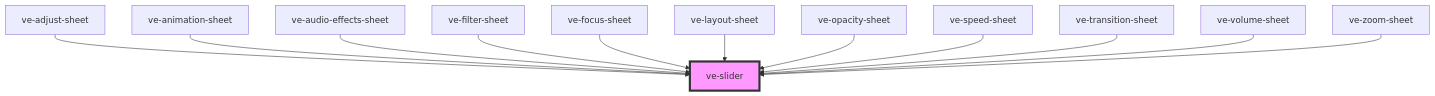
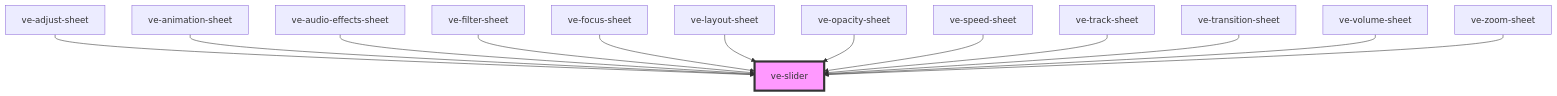
Before and after one commit to dotnetdreamer/capacitor-video-kit: the diagram in src/components/ve-slider/readme.md, drawn with Mermaid. The commit also changed other lines of this file and 35 other files, not shown here.

````diff
--- a/src/components/ve-slider/readme.md
+++ b/src/components/ve-slider/readme.md
@@ -90,15 +91,16 @@
 ```mermaid
 graph TD;
   ve-adjust-sheet --> ve-slider
   ve-animation-sheet --> ve-slider
   ve-audio-effects-sheet --> ve-slider
   ve-filter-sheet --> ve-slider
   ve-focus-sheet --> ve-slider
   ve-layout-sheet --> ve-slider
   ve-opacity-sheet --> ve-slider
   ve-speed-sheet --> ve-slider
+  ve-track-sheet --> ve-slider
   ve-transition-sheet --> ve-slider
   ve-volume-sheet --> ve-slider
   ve-zoom-sheet --> ve-slider
   style ve-slider fill:#f9f,stroke:#333,stroke-width:4px
 ```
````
